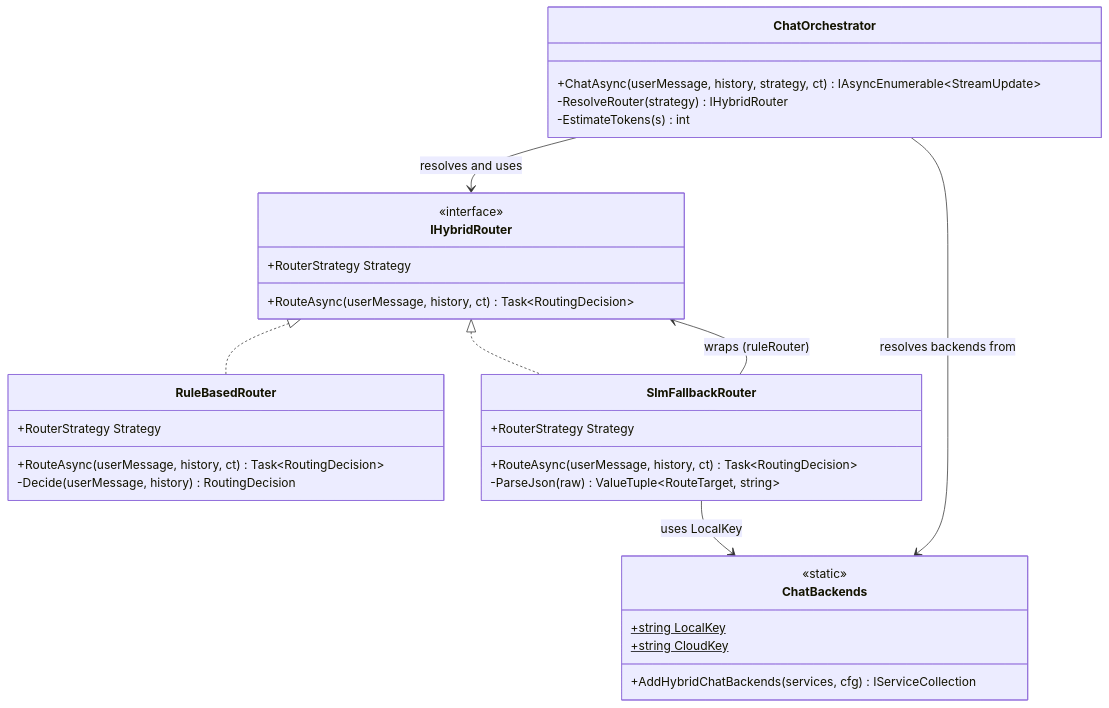
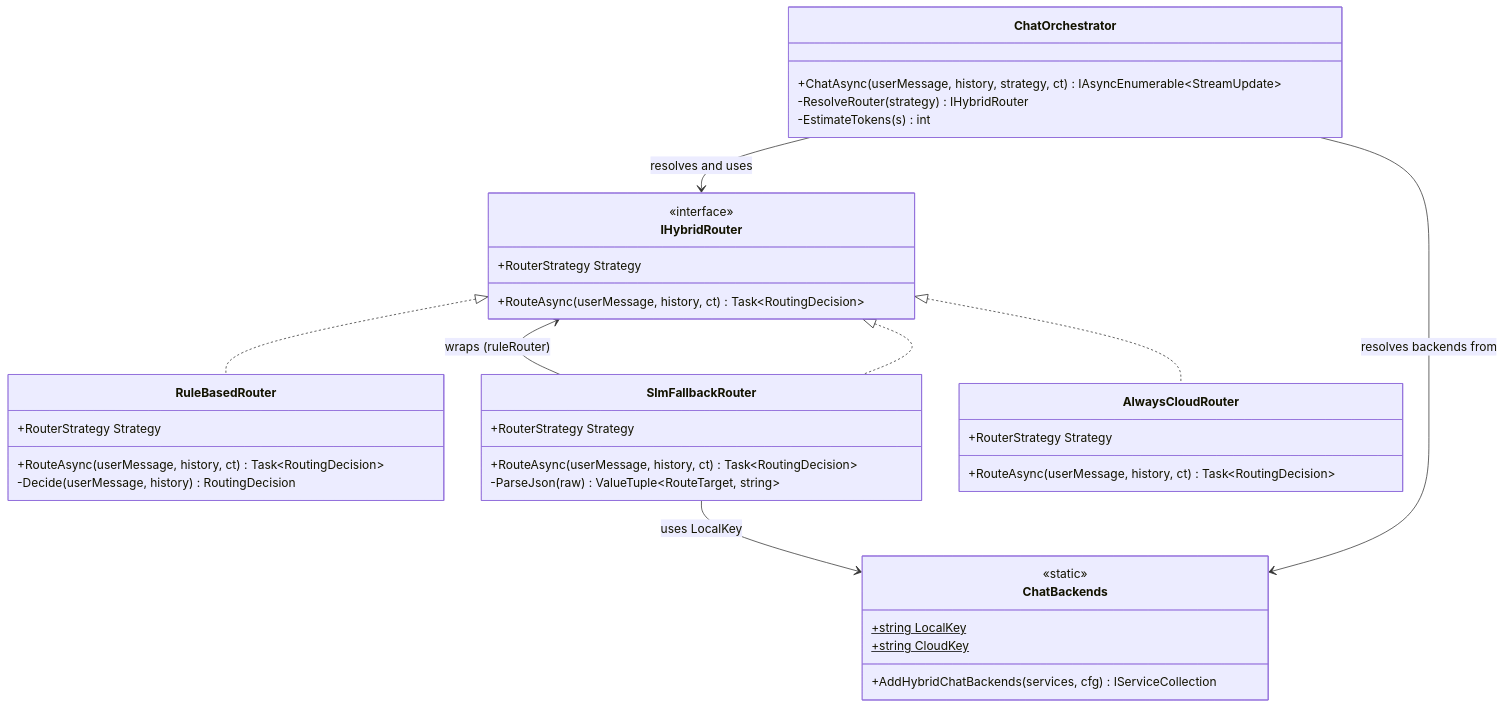
The first of 3 diagrams in src/HybridPingPong.Core/README.md (dpcons/HybridPingPong), drawn with Mermaid before and after one commit. The commit also changed other lines of this file and 4 other files, not shown here.

Commit message:
feat: add AlwaysCloud routing strategy and corresponding router implementation

````diff
--- a/src/HybridPingPong.Core/README.md
+++ b/src/HybridPingPong.Core/README.md
@@ -19,40 +19,46 @@
 ```mermaid
 classDiagram
     class IHybridRouter {
         <<interface>>
         +RouterStrategy Strategy
         +RouteAsync(userMessage, history, ct) Task~RoutingDecision~
     }
 
     class RuleBasedRouter {
         +RouterStrategy Strategy
         +RouteAsync(userMessage, history, ct) Task~RoutingDecision~
         -Decide(userMessage, history) RoutingDecision
     }
 
     class SlmFallbackRouter {
         +RouterStrategy Strategy
         +RouteAsync(userMessage, history, ct) Task~RoutingDecision~
         -ParseJson(raw) ValueTuple~RouteTarget, string~
     }
 
+    class AlwaysCloudRouter {
+        +RouterStrategy Strategy
+        +RouteAsync(userMessage, history, ct) Task~RoutingDecision~
+    }
+
     class ChatBackends {
         <<static>>
         +string LocalKey$
         +string CloudKey$
         +AddHybridChatBackends(services, cfg) IServiceCollection
     }
 
     class ChatOrchestrator {
         +ChatAsync(userMessage, history, strategy, ct) IAsyncEnumerable~StreamUpdate~
         -ResolveRouter(strategy) IHybridRouter
         -EstimateTokens(s) int
     }
 
     IHybridRouter <|.. RuleBasedRouter
     IHybridRouter <|.. SlmFallbackRouter
+    IHybridRouter <|.. AlwaysCloudRouter
     SlmFallbackRouter --> IHybridRouter : wraps (ruleRouter)
     ChatOrchestrator --> IHybridRouter : resolves and uses
     ChatOrchestrator --> ChatBackends : resolves backends from
     SlmFallbackRouter --> ChatBackends : uses LocalKey
 ```
````
